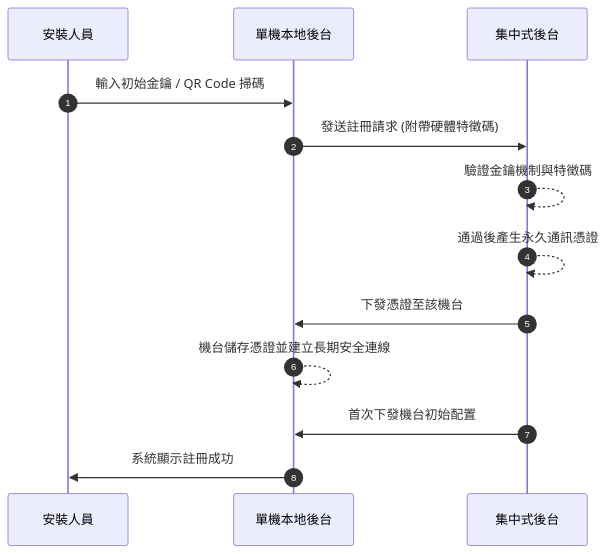
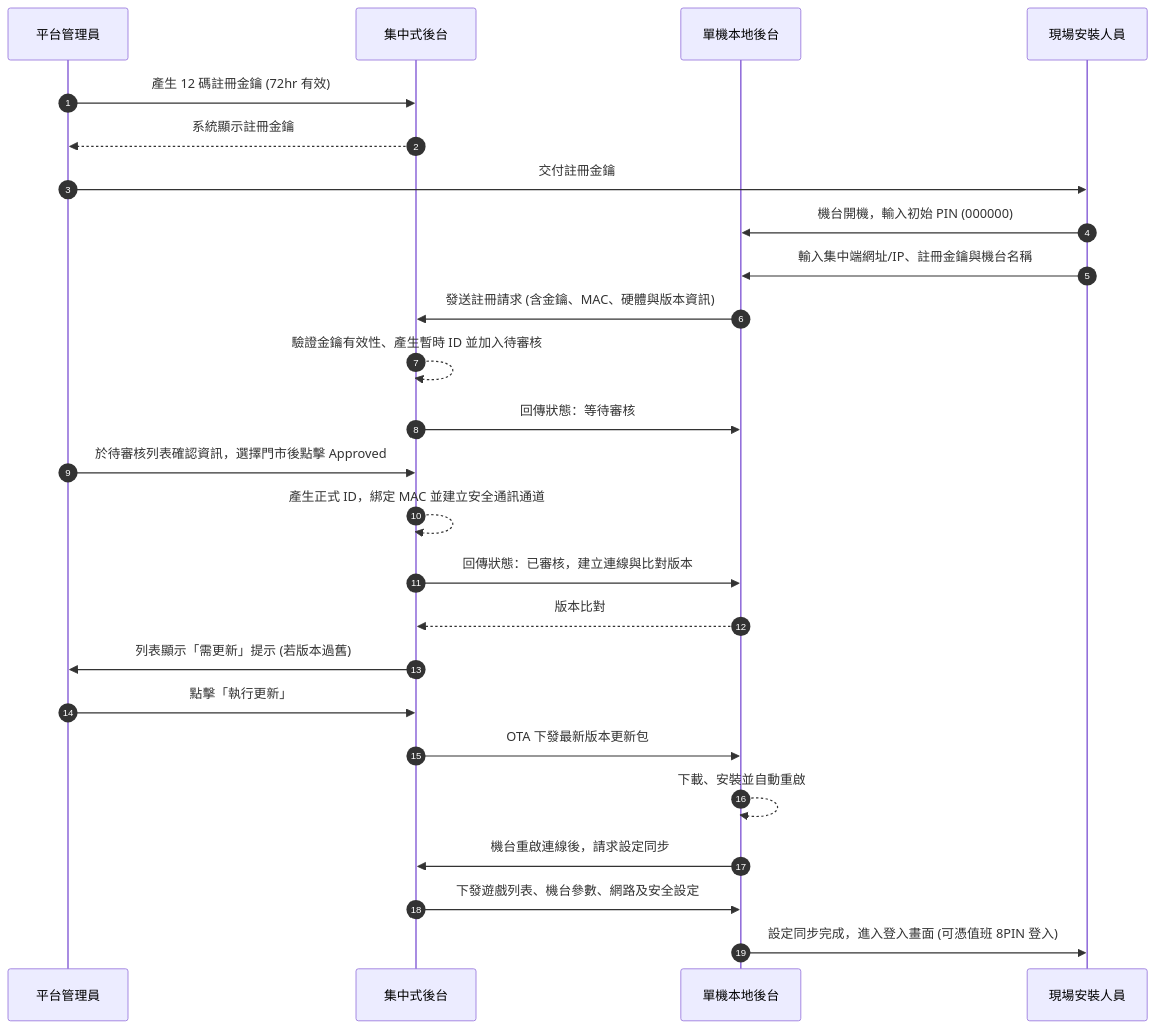
One commit to dimx9173/project_game changed the third of 17 diagrams in md/v8/遊戲平台管理系統_功能矩陣與流程圖_旗艦版.md. Above: the diagram before and after it, drawn with Mermaid. The commit also changed other lines of this file, not shown here.

Commit message:
docs: 更新機台註冊與綁定流程 (依據 C108)

````diff
--- a/md/v8/遊戲平台管理系統_功能矩陣與流程圖_旗艦版.md
+++ b/md/v8/遊戲平台管理系統_功能矩陣與流程圖_旗艦版.md
@@ -272,16 +272,34 @@
 ```mermaid
 sequenceDiagram
     autonumber
-    participant Man as 安裝人員
+    participant Admin as 平台管理員
+    participant Central as 集中式後台
     participant Local as 單機本地後台
-    participant Central as 集中式後台
- 
-    Man->>Local: 輸入初始金鑰 / QR Code 掃碼
-    Local->>Central: 發送註冊請求 (附帶硬體特徵碼)
-    Central-->>Central: 驗證金鑰機制與特徵碼
-    Central-->>Central: 通過後產生永久通訊憑證
-    Central->>Local: 下發憑證至該機台
-    Local-->>Local: 機台儲存憑證並建立長期安全連線
-    Central->>Local: 首次下發機台初始配置
-    Local->>Man: 系統顯示註冊成功
+    participant Man as 現場安裝人員
+
+    Admin->>Central: 產生 12 碼註冊金鑰 (72hr 有效)
+    Central-->>Admin: 系統顯示註冊金鑰
+    Admin->>Man: 交付註冊金鑰
+    
+    Man->>Local: 機台開機，輸入初始 PIN (000000)
+    Man->>Local: 輸入集中端網址/IP、註冊金鑰與機台名稱
+    
+    Local->>Central: 發送註冊請求 (含金鑰、MAC、硬體與版本資訊)
+    Central-->>Central: 驗證金鑰有效性、產生暫時 ID 並加入待審核
+    Central->>Local: 回傳狀態：等待審核
+    
+    Admin->>Central: 於待審核列表確認資訊，選擇門市後點擊 Approved
+    Central-->>Central: 產生正式 ID，綁定 MAC 並建立安全通訊通道
+    Central->>Local: 回傳狀態：已審核，建立連線與比對版本
+    
+    Local-->>Central: 版本比對
+    Central->>Admin: 列表顯示「需更新」提示 (若版本過舊)
+    Admin->>Central: 點擊「執行更新」
+    
+    Central->>Local: OTA 下發最新版本更新包
+    Local-->>Local: 下載、安裝並自動重啟
+    
+    Local->>Central: 機台重啟連線後，請求設定同步
+    Central->>Local: 下發遊戲列表、機台參數、網路及安全設定
+    Local->>Man: 設定同步完成，進入登入畫面 (可憑值班 8PIN 登入)
 ```
````
